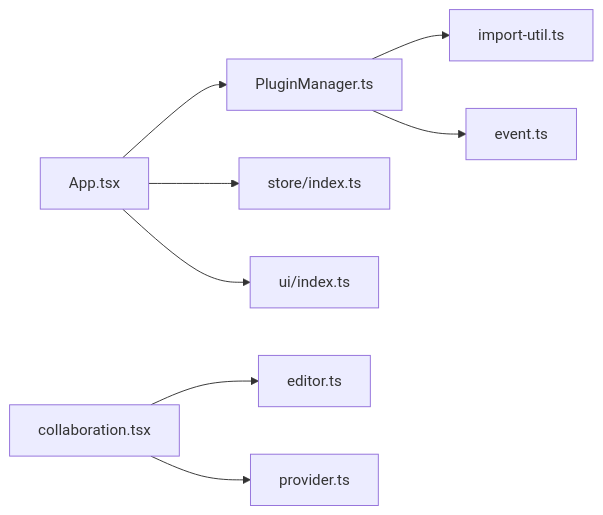
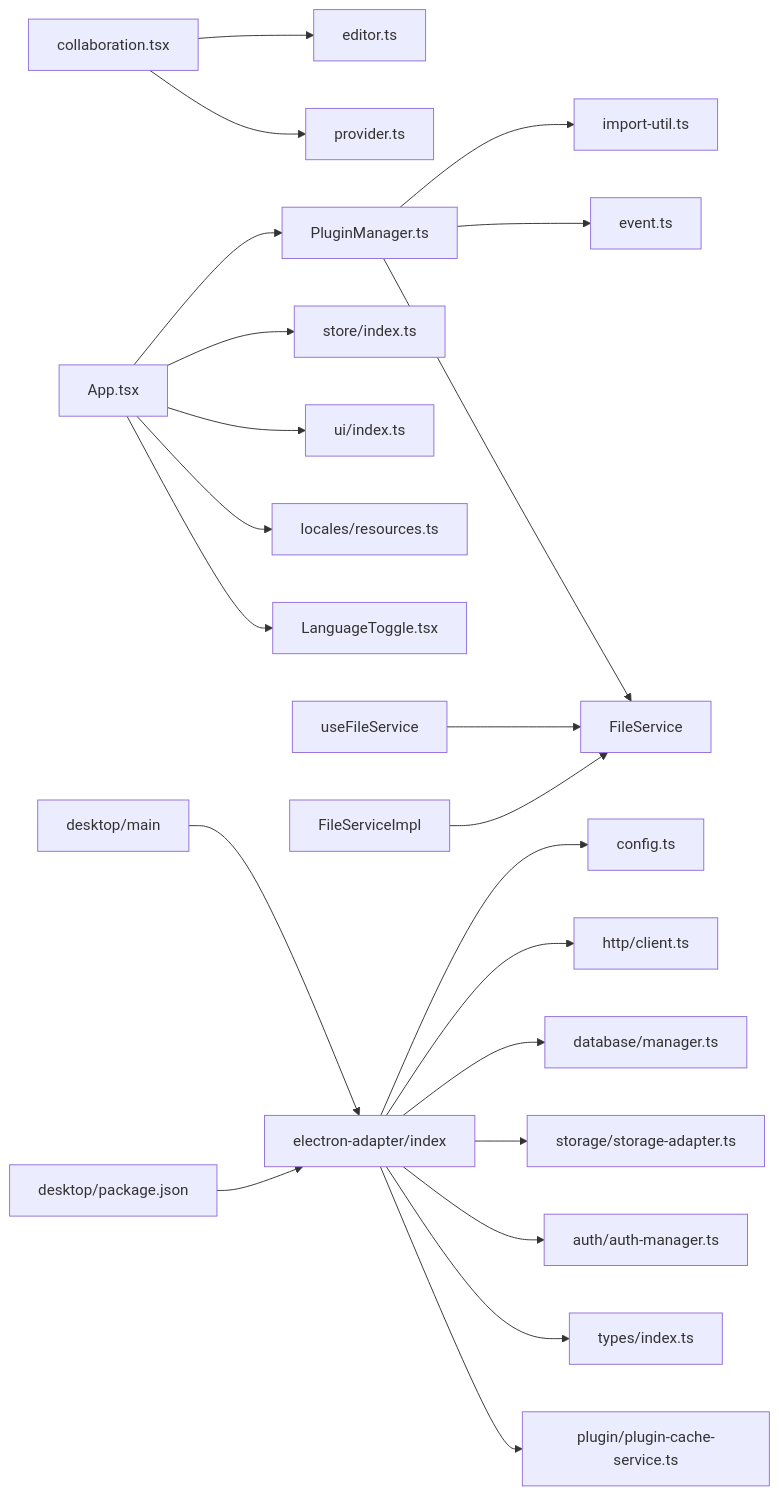
Diagram 15 of 15 in .qoder/repowiki/zh/content/核心模块/核心模块.md (LRF0422/Kotion), drawn with Mermaid before and after one commit. The commit also changed other lines of this file and 75 other files, not shown here.

````diff
--- a/.qoder/repowiki/zh/content/核心模块/核心模块.md
+++ b/.qoder/repowiki/zh/content/核心模块/核心模块.md
@@ -329,10 +863,24 @@
 ```mermaid
 graph LR
 APP["App.tsx"] --> PM["PluginManager.ts"]
 APP --> GS["store/index.ts"]
 PM --> IMP["import-util.ts"]
 PM --> EVT["event.ts"]
+PM --> FS["FileService"]
 COL["collaboration.tsx"] --> ETYPE["editor.ts"]
 COL --> PRV["provider.ts"]
 APP --> UI["ui/index.ts"]
+APP --> RES["locales/resources.ts"]
+APP --> LT["LanguageToggle.tsx"]
+UFS["useFileService"] --> FS
+FSI["FileServiceImpl"] --> FS
+EIDX["electron-adapter/index"] --> ECFG["config.ts"]
+EIDX --> EHTTP["http/client.ts"]
+EIDX --> EDB["database/manager.ts"]
+EIDX --> ESTORE["storage/storage-adapter.ts"]
+EIDX --> EAUTH["auth/auth-manager.ts"]
+EIDX --> ETYPES["types/index.ts"]
+EIDX --> EPLUGIN["plugin/plugin-cache-service.ts"]
+DMN["desktop/main"] --> EIDX
+DPKG["desktop/package.json"] --> EIDX
 ```
````
